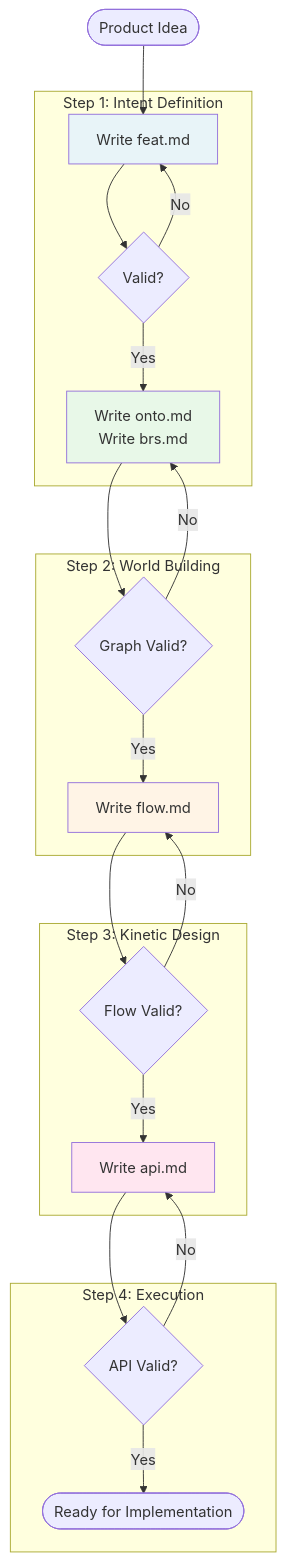
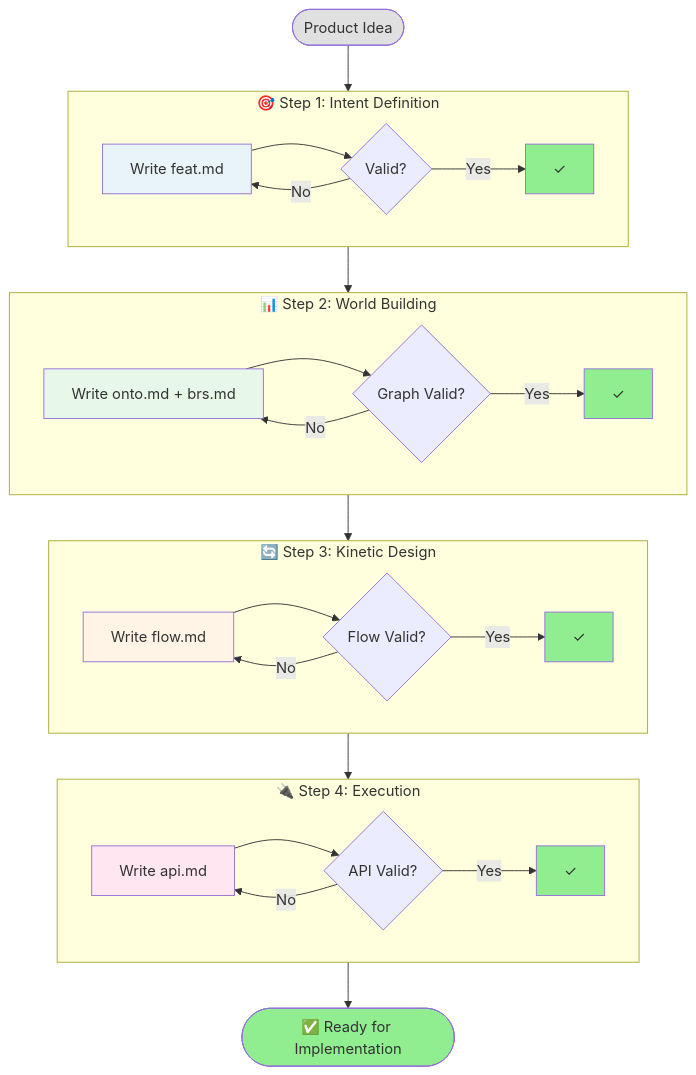
Before and after one commit to a4b-corporation/xTalent: the second of 3 diagrams in docs/Axiom-Codex/methodology/03-pipeline.md, drawn with Mermaid. The commit also changed other lines of this file, not shown here.

Commit message:
docs: sync from a4b-doc - update Axiom Codex methodology

````diff
--- a/docs/Axiom-Codex/methodology/03-pipeline.md
+++ b/docs/Axiom-Codex/methodology/03-pipeline.md
@@ -249,39 +278,55 @@
 ```mermaid
 graph TD
-    Start([Product Idea]) --> S1
+
+
+    Start([Product Idea])
     
-    subgraph "Step 1: Intent Definition"
-        S1[Write feat.md]
-        S1 --> V1{Valid?}
+    Start --> Step1
+    
+    subgraph Step1["🎯 Step 1: Intent Definition"]
+        direction LR
+        S1[Write feat.md] --> V1{Valid?}
         V1 -->|No| S1
-        V1 -->|Yes| S2
+        V1 -->|Yes| Next1[✓]
     end
     
-    subgraph "Step 2: World Building"
-        S2[Write onto.md<br/>Write brs.md]
-        S2 --> V2{Graph Valid?}
+    Step1 --> Step2
+    
+    subgraph Step2["📊 Step 2: World Building"]
+        direction LR
+        S2[Write onto.md + brs.md] --> V2{Graph Valid?}
         V2 -->|No| S2
-        V2 -->|Yes| S3
+        V2 -->|Yes| Next2[✓]
     end
     
-    subgraph "Step 3: Kinetic Design"
-        S3[Write flow.md]
-        S3 --> V3{Flow Valid?}
+    Step2 --> Step3
+    
+    subgraph Step3["🔄 Step 3: Kinetic Design"]
+        direction LR
+        S3[Write flow.md] --> V3{Flow Valid?}
         V3 -->|No| S3
-        V3 -->|Yes| S4
+        V3 -->|Yes| Next3[✓]
     end
     
-    subgraph "Step 4: Execution"
-        S4[Write api.md]
-        S4 --> V4{API Valid?}
+    Step3 --> Step4
+    
+    subgraph Step4["🔌 Step 4: Execution"]
+        direction LR
+        S4[Write api.md] --> V4{API Valid?}
         V4 -->|No| S4
-        V4 -->|Yes| Done
+        V4 -->|Yes| Next4[✓]
     end
     
-    Done([Ready for Implementation])
+    Step4 --> Done([✅ Ready for Implementation])
     
     style S1 fill:#E8F4F8
     style S2 fill:#E8F8E8
     style S3 fill:#FFF4E6
     style S4 fill:#FFE6F0
+    style Start fill:#E0E0E0
+    style Done fill:#90EE90
+    style Next1 fill:#90EE90
+    style Next2 fill:#90EE90
+    style Next3 fill:#90EE90
+    style Next4 fill:#90EE90
 ```
````
